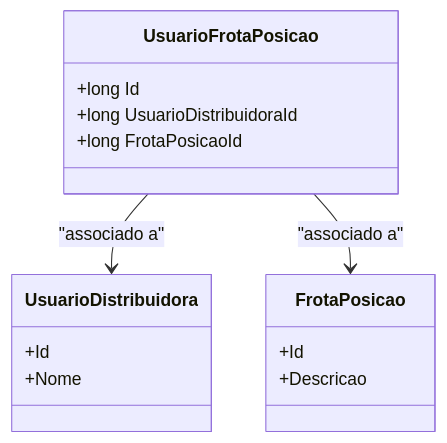
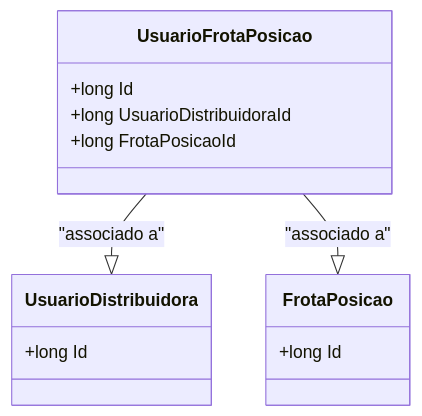
The diagram in docs/b2b-dominio/IsthmusWinthor.Nucleo/IsthmusWinthor.Dominio/Entidades/UsuarioFrotaPosicao.md (IsthmusSistemas/documentacao-tecnica), drawn with Mermaid before and after one commit. The commit also changed other lines of this file and 882 other files, not shown here.

````diff
--- a/docs/b2b-dominio/IsthmusWinthor.Nucleo/IsthmusWinthor.Dominio/Entidades/UsuarioFrotaPosicao.md
+++ b/docs/b2b-dominio/IsthmusWinthor.Nucleo/IsthmusWinthor.Dominio/Entidades/UsuarioFrotaPosicao.md
@@ -21,21 +22,19 @@
 ```mermaid
 classDiagram
     class UsuarioFrotaPosicao {
         +long Id
         +long UsuarioDistribuidoraId
         +long FrotaPosicaoId
     }
-    
+
     class UsuarioDistribuidora {
-        +Id
-        +Nome
+        +long Id
     }
     
     class FrotaPosicao {
-        +Id
-        +Descricao
+        +long Id
     }
 
-    UsuarioFrotaPosicao --> UsuarioDistribuidora : "associado a"
-    UsuarioFrotaPosicao --> FrotaPosicao : "associado a"
+    UsuarioFrotaPosicao --|> UsuarioDistribuidora : "associado a"
+    UsuarioFrotaPosicao --|> FrotaPosicao : "associado a"
 ```
````
